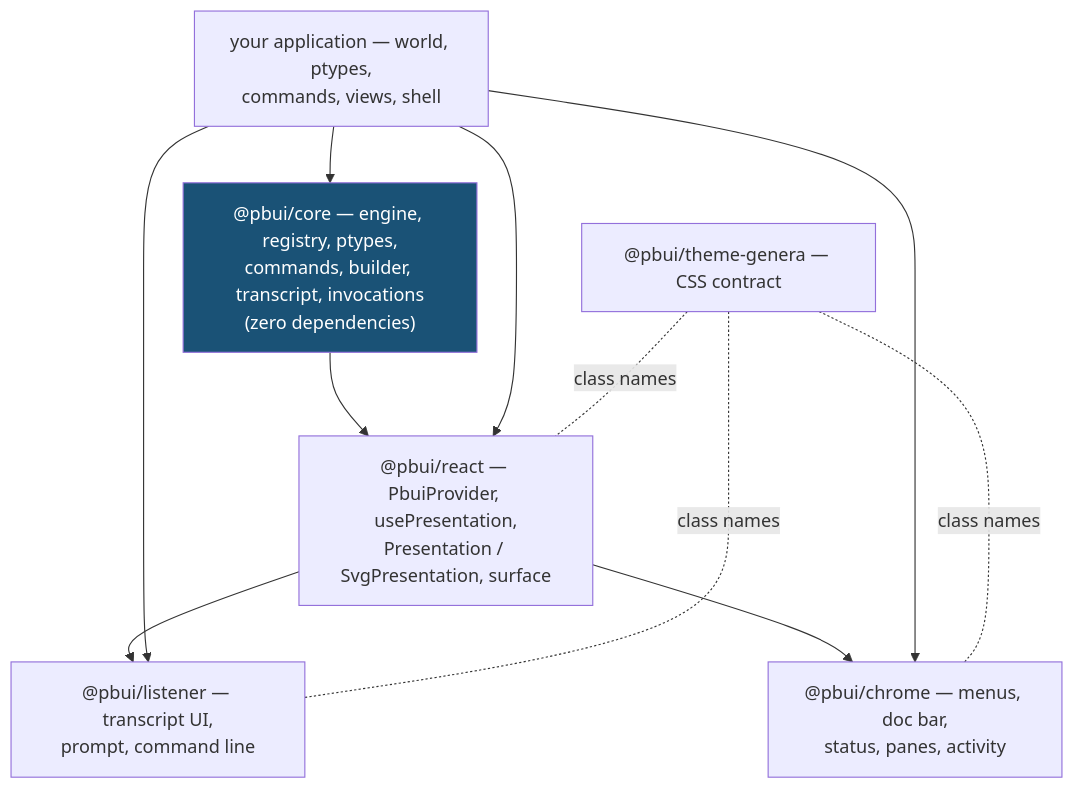
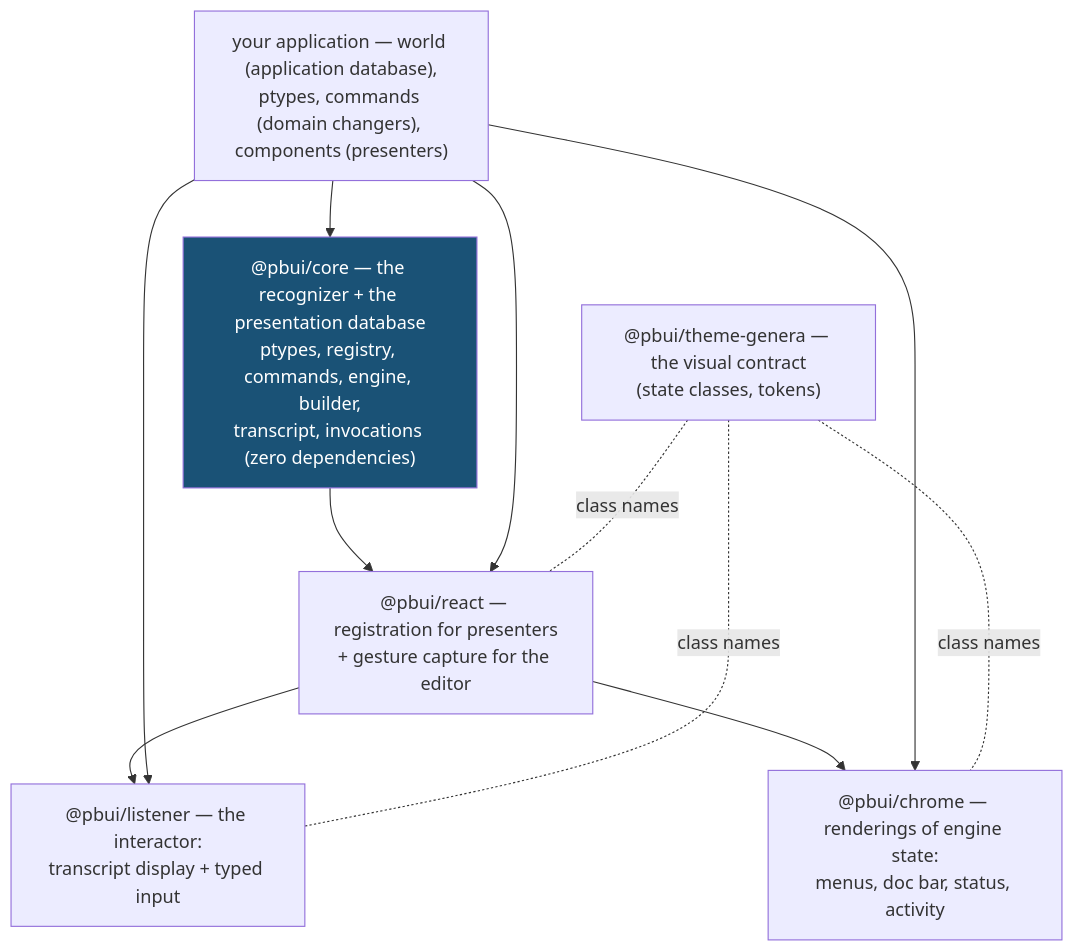
The second of 3 diagrams in docs/user-guide.md (go-go-golems/react-pbui), drawn with Mermaid before and after one commit. The commit also changed other lines of this file, not shown here.

````diff
--- a/docs/user-guide.md
+++ b/docs/user-guide.md
@@ -36,15 +210,15 @@
 ```mermaid
 flowchart TD
-    CORE["@pbui/core — engine, registry, ptypes,<br/>commands, builder, transcript, invocations<br/>(zero dependencies)"]
-    REACT["@pbui/react — PbuiProvider, usePresentation,<br/>Presentation / SvgPresentation, surface"]
-    LIS["@pbui/listener — transcript UI,<br/>prompt, command line"]
-    CHR["@pbui/chrome — menus, doc bar,<br/>status, panes, activity"]
-    THEME["@pbui/theme-genera — CSS contract"]
-    APP["your application — world, ptypes,<br/>commands, views, shell"]
+    CORE["@pbui/core — the recognizer + the presentation database<br/>ptypes, registry, commands, engine, builder,<br/>transcript, invocations (zero dependencies)"]
+    REACT["@pbui/react — registration for presenters<br/>+ gesture capture for the editor"]
+    LIS["@pbui/listener — the interactor:<br/>transcript display + typed input"]
+    CHR["@pbui/chrome — renderings of engine state:<br/>menus, doc bar, status, activity"]
+    THEME["@pbui/theme-genera — the visual contract<br/>(state classes, tokens)"]
+    APP["your application — world (application database),<br/>ptypes, commands (domain changers), components (presenters)"]
     CORE --> REACT
     REACT --> LIS
     REACT --> CHR
     APP --> CORE & REACT & LIS & CHR
     THEME -.class names.- REACT & LIS & CHR
     style CORE fill:#1a5276,color:#fff
 ```
````
